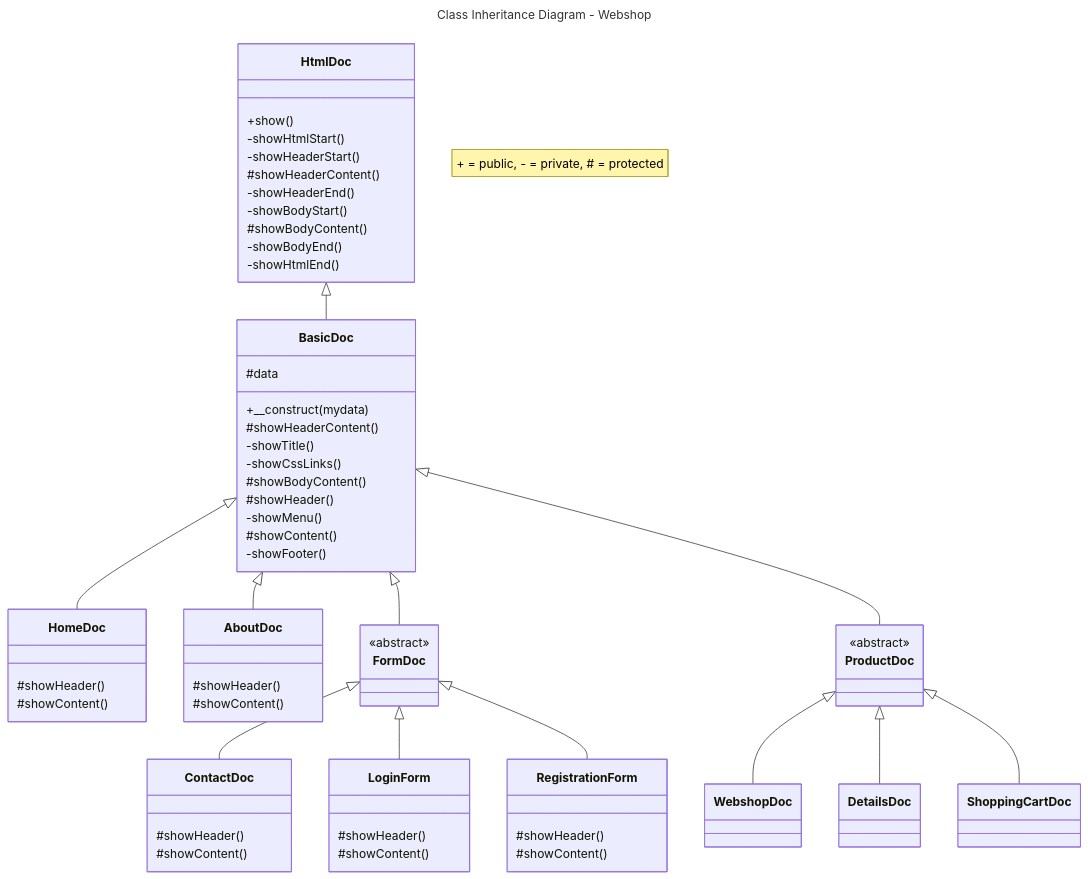
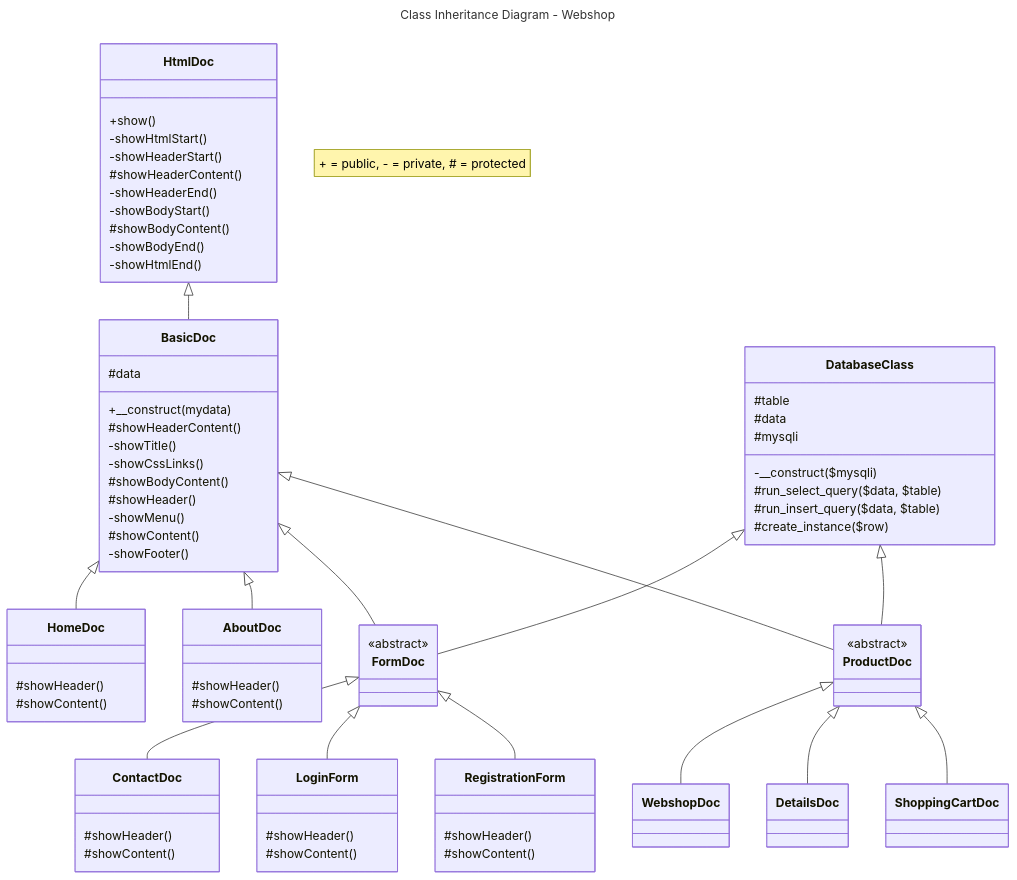
Before and after one commit to JeroenHeemskerk/educom-webshop-oop-1706014168: the diagram in Diagrams/class-inheritance-diagram-webshop.md, drawn with Mermaid. The commit also changed 12 other files, not shown here.

```diff
--- a/Diagrams/class-inheritance-diagram-webshop.md
+++ b/Diagrams/class-inheritance-diagram-webshop.md
@@ -11,6 +11,9 @@
     BasicDoc <|-- AboutDoc
     BasicDoc <|-- FormDoc
 	BasicDoc <|-- ProductDoc
+	
+	DatabaseClass <|-- FormDoc
+	DatabaseClass <|-- ProductDoc
 
     FormDoc <|-- ContactDoc
     FormDoc <|-- LoginForm
@@ -51,6 +54,15 @@
         #showHeader()
         #showContent()
     }
+	class DatabaseClass{
+		#table
+		#data
+		#mysqli
+		-__construct($mysqli)
+		#run_select_query($data, $table)
+		#run_insert_query($data, $table)
+		#create_instance($row)
+	}
     class FormDoc{
         <<abstract>>
     }
```
